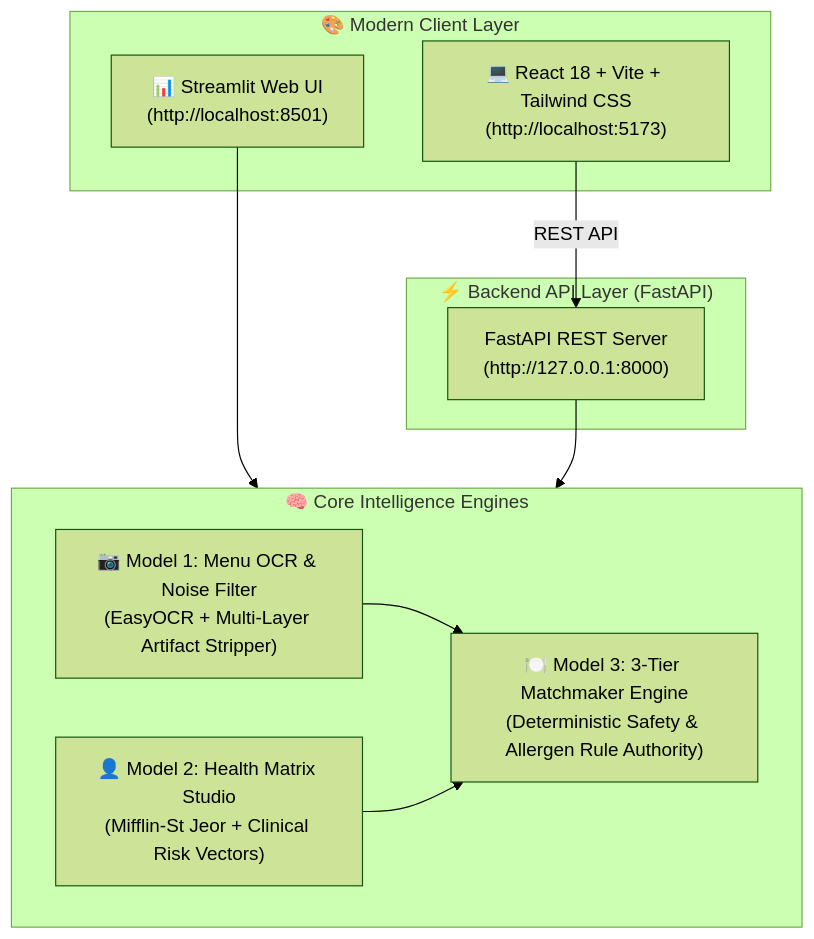
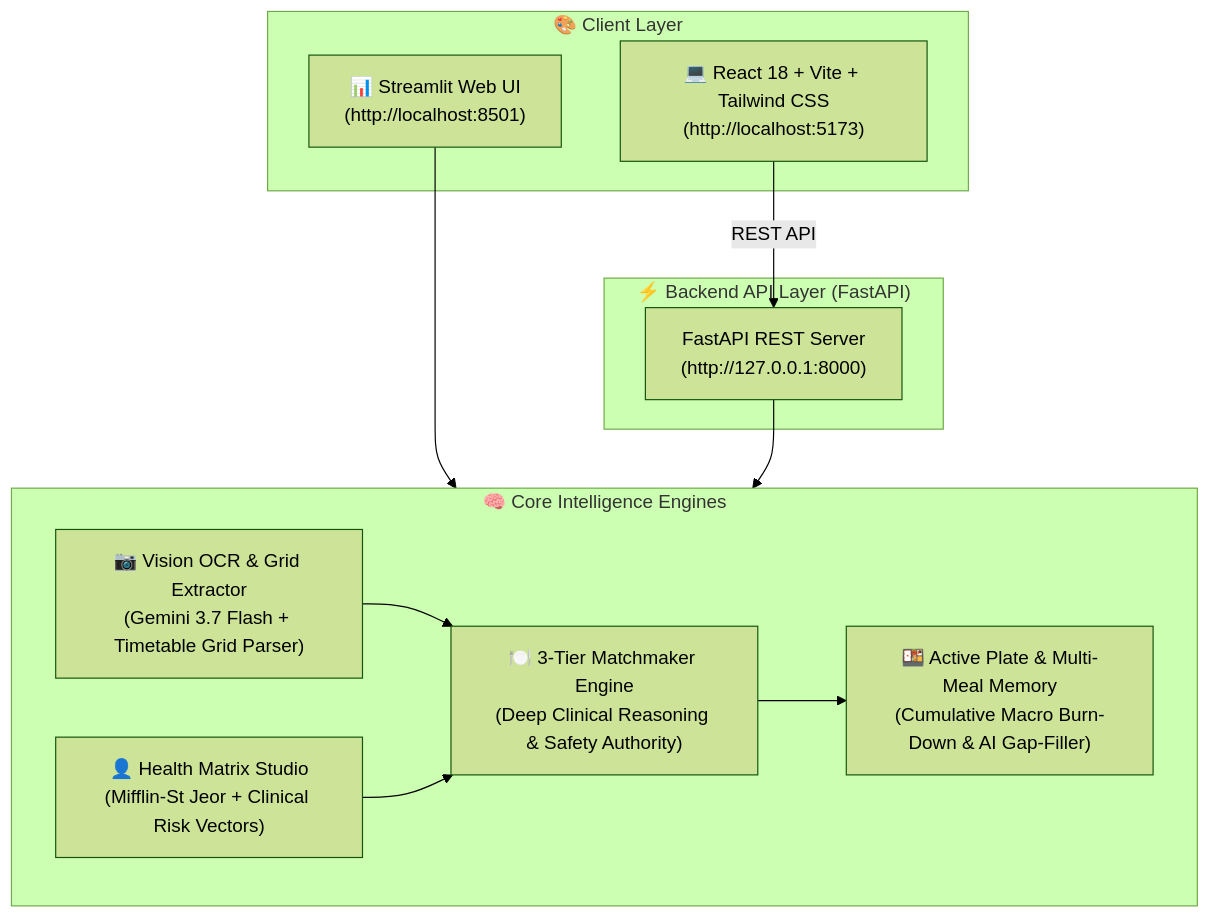
One commit to CodeClosed/AI-Project changed the diagram in README.md. Above: the diagram before and after it, drawn with Mermaid (forest theme). The commit also changed other lines of this file and 7 other files, not shown here.

Commit message:
feat: add active meal plate, daily multi-meal intake memory, and complete my plate AI gap filler with strict dietary guardrails

````diff
--- a/README.md
+++ b/README.md
@@ -16,23 +17,25 @@
 ```mermaid
 graph TD
-    subgraph UI ["🎨 Modern Client Layer"]
+    subgraph UI ["🎨 Client Layer"]
         ReactUI["💻 React 18 + Vite + Tailwind CSS<br/>(http://localhost:5173)"]
         StreamlitUI["📊 Streamlit Web UI<br/>(http://localhost:8501)"]
     end
 
     subgraph Backend ["⚡ Backend API Layer (FastAPI)"]
         API["FastAPI REST Server<br/>(http://127.0.0.1:8000)"]
     end
 
     subgraph Engines ["🧠 Core Intelligence Engines"]
-        M1["📷 Model 1: Menu OCR & Noise Filter<br/>(EasyOCR + Multi-Layer Artifact Stripper)"]
-        M2["👤 Model 2: Health Matrix Studio<br/>(Mifflin-St Jeor + Clinical Risk Vectors)"]
-        M3["🍽️ Model 3: 3-Tier Matchmaker Engine<br/>(Deterministic Safety & Allergen Rule Authority)"]
+        M1["📷 Vision OCR & Grid Extractor<br/>(Gemini 3.7 Flash + Timetable Grid Parser)"]
+        M2["👤 Health Matrix Studio<br/>(Mifflin-St Jeor + Clinical Risk Vectors)"]
+        M3["🍽️ 3-Tier Matchmaker Engine<br/>(Deep Clinical Reasoning & Safety Authority)"]
+        M4["🍱 Active Plate & Multi-Meal Memory<br/>(Cumulative Macro Burn-Down & AI Gap-Filler)"]
     end
 
     ReactUI -->|REST API| API
     StreamlitUI --> Engines
     API --> Engines
     M1 --> M3
     M2 --> M3
+    M3 --> M4
 ```
````
